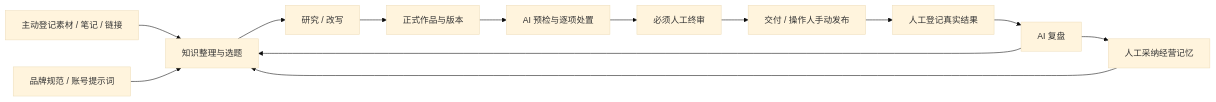
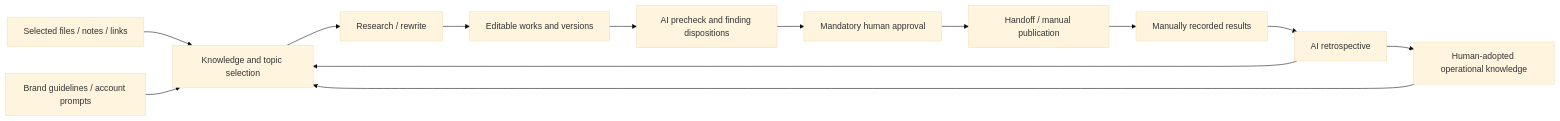
One commit to 899ms/loretide changed the diagram in README.md. Above: the diagram before and after it, drawn with Mermaid (base theme). The commit also changed other lines of this file and 2 other files, not shown here.

````diff
--- a/README.md
+++ b/README.md
@@ -31,15 +35,15 @@
 ```mermaid
 flowchart LR
-  A[主动登记素材 / 笔记 / 链接] --> B[知识整理与选题]
-  C[品牌规范 / 账号提示词] --> B
-  B --> D[研究 / 改写]
-  D --> E[正式作品与版本]
-  E --> F[AI 预检与逐项处置]
-  F --> G[必须人工终审]
-  G --> H[交付 / 操作人手动发布]
-  H --> I[人工登记真实结果]
-  I --> J[AI 复盘]
+  A[Selected files / notes / links] --> B[Knowledge and topic selection]
+  C[Brand guidelines / account prompts] --> B
+  B --> D[Research / rewrite]
+  D --> E[Editable works and versions]
+  E --> F[AI precheck and finding dispositions]
+  F --> G[Mandatory human approval]
+  G --> H[Handoff / manual publication]
+  H --> I[Manually recorded results]
+  I --> J[AI retrospective]
   J --> B
-  J --> K[人工采纳经营记忆]
+  J --> K[Human-adopted operational knowledge]
   K --> B
 ```
````
